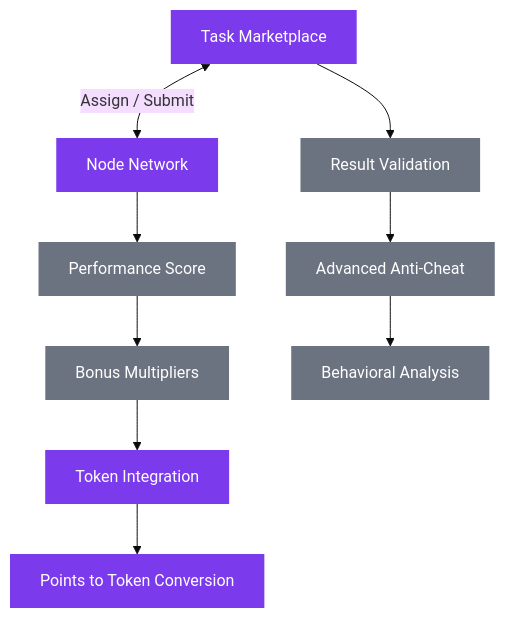
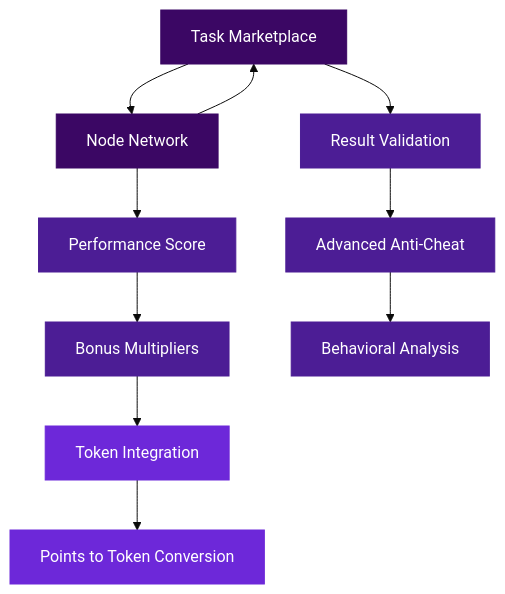
One commit to Nexora-Node/Docs changed the fourth of 6 diagrams in roadmap.md. Above: the diagram before and after it, drawn with Mermaid (base theme). The commit also changed other lines of this file and 5 other files, not shown here.

Commit message:
docs: fix diagram bugs, unify color palette, remove bidirectional arrows

````diff
--- a/roadmap.md
+++ b/roadmap.md
@@ -114,21 +114,22 @@
 ```mermaid
 graph TD
-    A[Task Marketplace] <-->|Assign / Submit| B[Node Network]
+    A[Task Marketplace] --> B[Node Network]
+    B --> A
     B --> C[Performance Score]
     C --> D[Bonus Multipliers]
     A --> E[Result Validation]
     E --> F[Advanced Anti-Cheat]
     F --> G[Behavioral Analysis]
     D --> H[Token Integration]
     H --> I[Points to Token Conversion]
 
-    style A fill:#7c3aed,color:#fff,stroke:none
-    style B fill:#7c3aed,color:#fff,stroke:none
-    style H fill:#7c3aed,color:#fff,stroke:none
-    style I fill:#7c3aed,color:#fff,stroke:none
-    style C fill:#6b7280,color:#fff,stroke:none
-    style D fill:#6b7280,color:#fff,stroke:none
-    style E fill:#6b7280,color:#fff,stroke:none
-    style F fill:#6b7280,color:#fff,stroke:none
-    style G fill:#6b7280,color:#fff,stroke:none
+    style A fill:#3b0764,stroke:#3b0764,color:#fff
+    style B fill:#3b0764,stroke:#3b0764,color:#fff
+    style C fill:#4c1d95,stroke:#4c1d95,color:#fff
+    style D fill:#4c1d95,stroke:#4c1d95,color:#fff
+    style E fill:#4c1d95,stroke:#4c1d95,color:#fff
+    style F fill:#4c1d95,stroke:#4c1d95,color:#fff
+    style G fill:#4c1d95,stroke:#4c1d95,color:#fff
+    style H fill:#6d28d9,stroke:#6d28d9,color:#fff
+    style I fill:#6d28d9,stroke:#6d28d9,color:#fff
 ```
````
